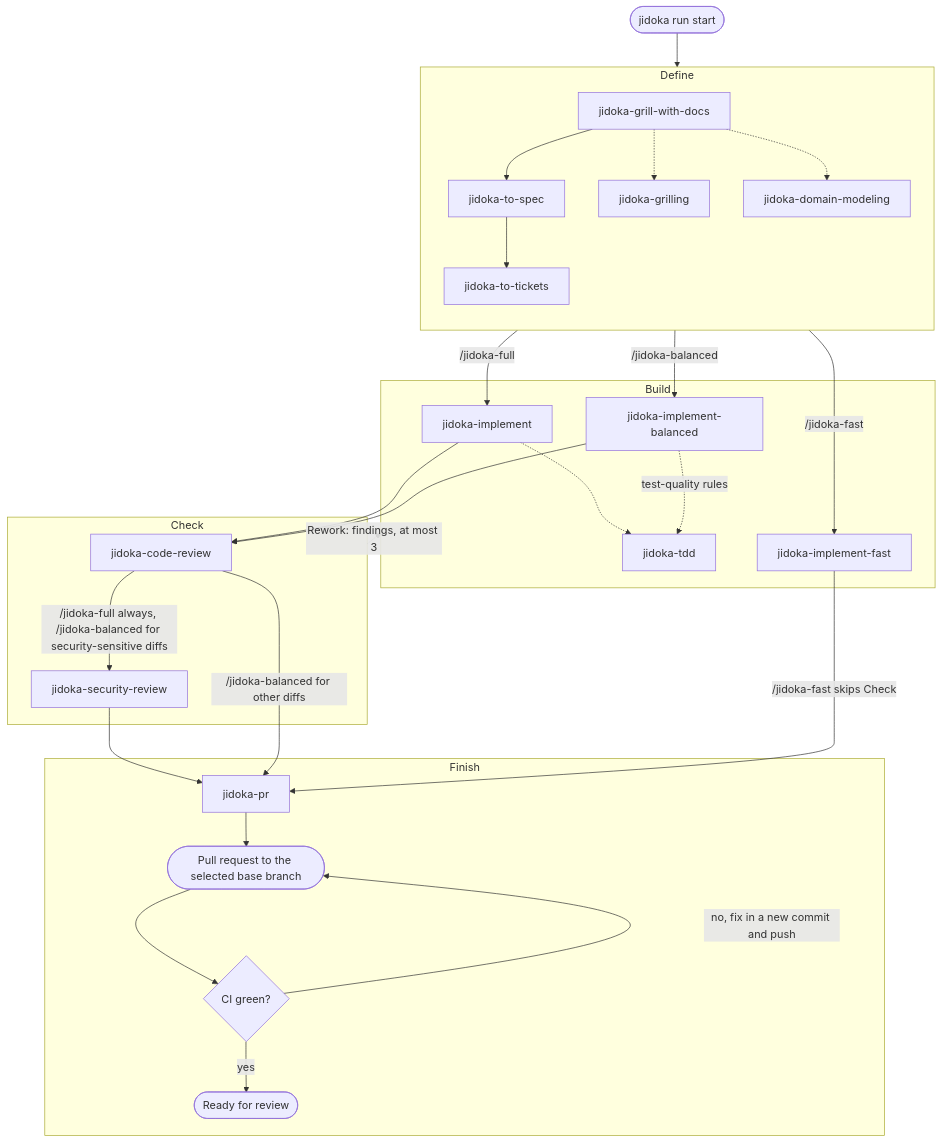
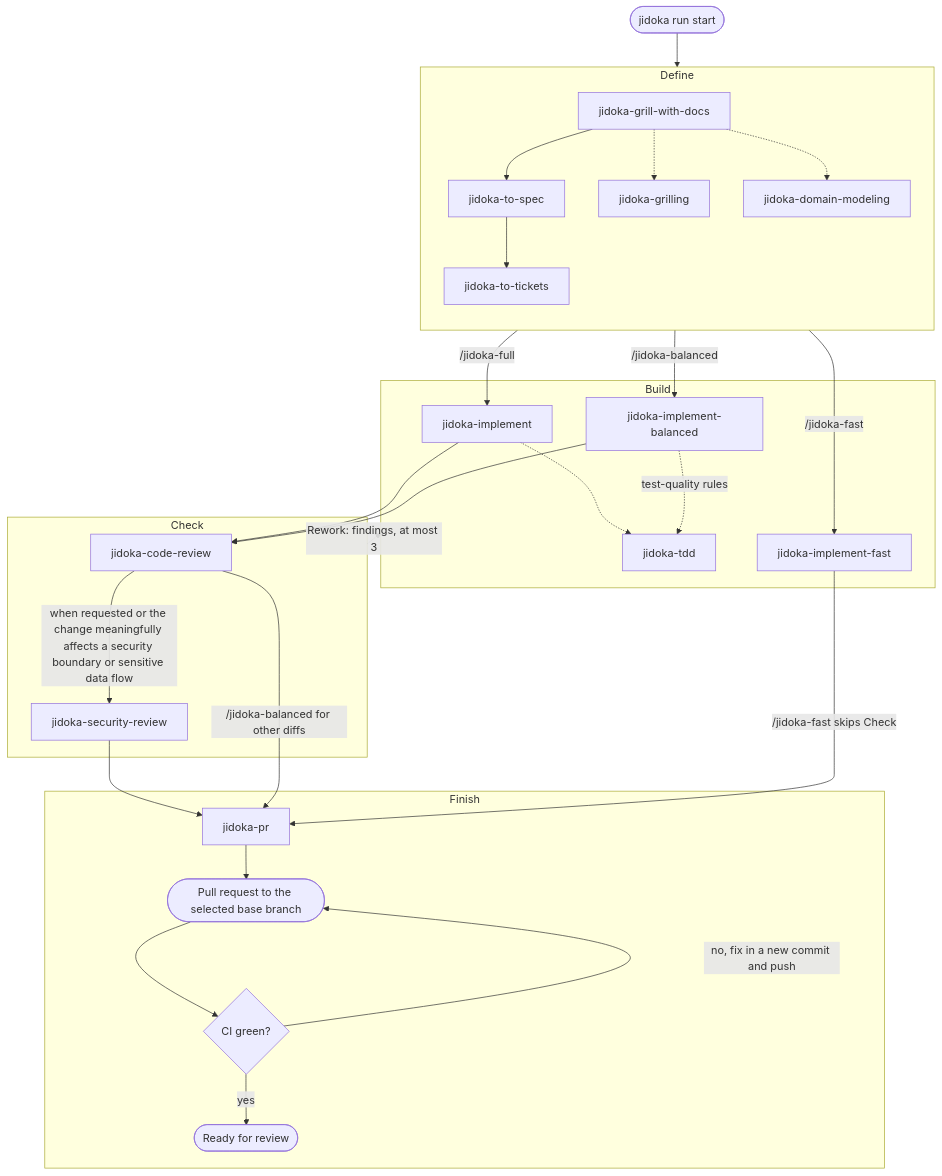
One commit to TDSchreur/jidoka changed the diagram in docs/workflows.md. Above: the diagram before and after it, drawn with Mermaid. The commit also changed other lines of this file and 16 other files, not shown here.

````diff
--- a/docs/workflows.md
+++ b/docs/workflows.md
@@ -38,38 +38,38 @@
 ```mermaid
 flowchart TB
     start([jidoka run start]) --> define
 
     subgraph define [Define]
         direction TB
         grill[jidoka-grill-with-docs] --> spec[jidoka-to-spec] --> tickets[jidoka-to-tickets]
         grill -.-> grilling[jidoka-grilling]
         grill -.-> domain[jidoka-domain-modeling]
     end
 
     subgraph build [Build]
         impl[jidoka-implement] -.-> tdd[jidoka-tdd]
         implbal[jidoka-implement-balanced] -.->|test-quality rules| tdd
         implfast[jidoka-implement-fast]
     end
 
     subgraph check [Check]
-        review[jidoka-code-review] -->|/jidoka-full always, /jidoka-balanced for security-sensitive diffs| security[jidoka-security-review]
+        review[jidoka-code-review] -->|when requested or the change meaningfully affects a security boundary or sensitive data flow| security[jidoka-security-review]
     end
 
     subgraph finish [Finish]
         pr[jidoka-pr] --> pull([Pull request to the selected base branch])
         pull --> ci{CI green?}
         ci -->|no, fix in a new commit and push| pull
         ci -->|yes| done([Ready for review])
     end
 
     define -->|/jidoka-full| impl
     define -->|/jidoka-balanced| implbal
     define -->|/jidoka-fast| implfast
     impl --> review
     implbal --> review
     check -.->|Rework: findings, at most 3| build
     security --> pr
     review -->|/jidoka-balanced for other diffs| pr
     implfast -->|/jidoka-fast skips Check| pr
 ```
````
